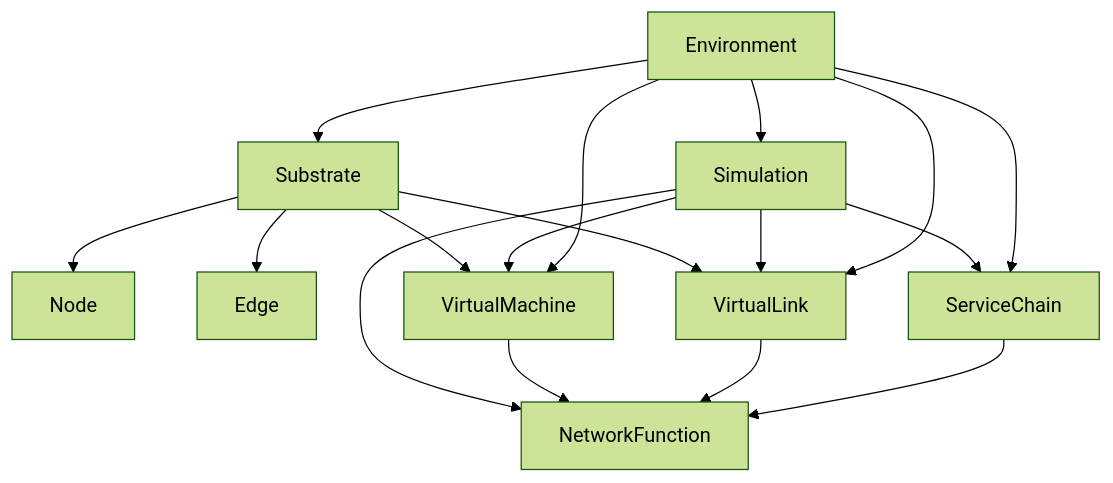
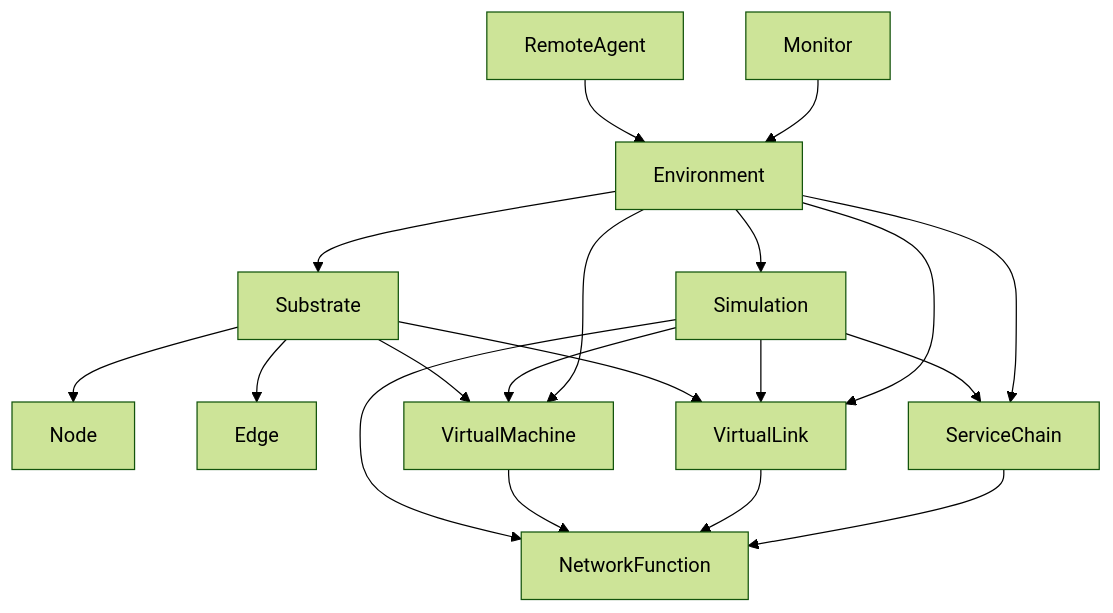
One commit to 0C3L0T/vnfnet-thesis changed the diagram in README.md. Above: the diagram before and after it, drawn with Mermaid (forest theme). The commit also changed other lines of this file and 1 other file, not shown here.

````diff
--- a/README.md
+++ b/README.md
@@ -105,23 +101,25 @@
 ```mermaid
 flowchart
 Substrate --> Node
 Substrate --> Edge
 Substrate --> VirtualMachine
 Substrate --> VirtualLink
 
 Simulation --> VirtualMachine
 Simulation --> VirtualLink
 Simulation --> NetworkFunction
 Simulation --> ServiceChain
 
 VirtualMachine --> NetworkFunction
 VirtualLink --> NetworkFunction
 ServiceChain --> NetworkFunction
 
 Environment --> Substrate
 Environment --> Simulation
 Environment --> ServiceChain
 Environment --> VirtualMachine
 Environment --> VirtualLink
 
+RemoteAgent --> Environment
+Monitor --> Environment
 ```
````
